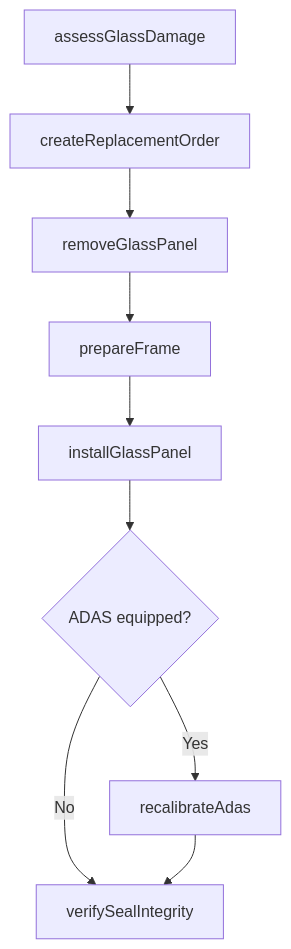
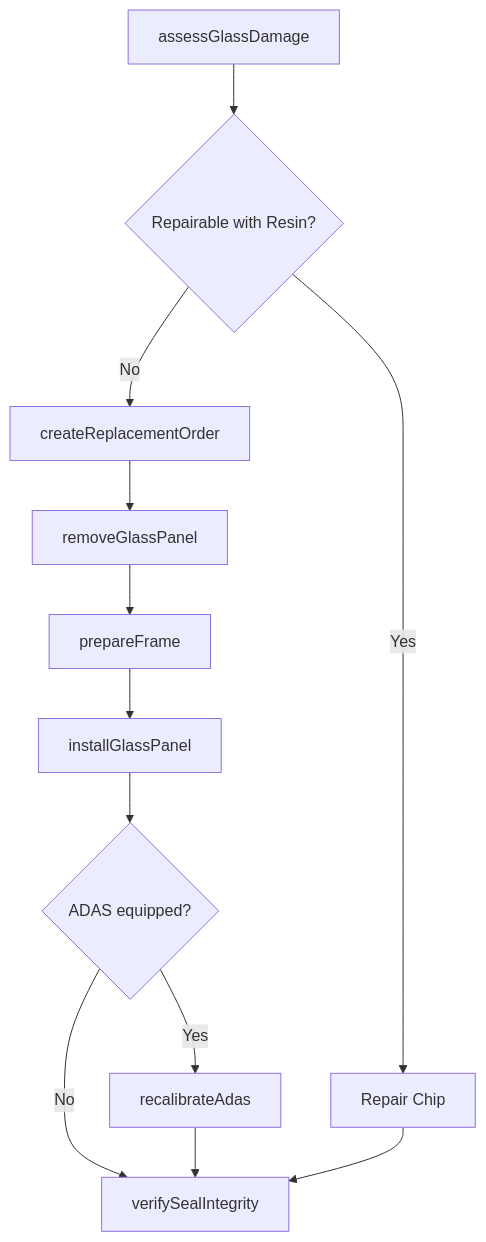
The third of 4 diagrams in RepairingAndMaintainingMechanicalEquipment/RepairVehicleComponents/ReplaceVehicleGlass.mdx (dot-org-ai/tasks.org.ai), drawn with Mermaid before and after one commit. The commit also changed other lines of this file and 266 other files, not shown here.

First line of the commit message:
feat: Add ER diagrams, state diagrams to wave 2 batch (251 DWA files)

````diff
--- a/RepairingAndMaintainingMechanicalEquipment/RepairVehicleComponents/ReplaceVehicleGlass.mdx
+++ b/RepairingAndMaintainingMechanicalEquipment/RepairVehicleComponents/ReplaceVehicleGlass.mdx
@@ -86,11 +115,14 @@
 ```mermaid
 graph TD
-    A[assessGlassDamage] --> B[createReplacementOrder]
-    B --> C[removeGlassPanel]
-    C --> D[prepareFrame]
-    D --> E[installGlassPanel]
-    E --> F{ADAS equipped?}
-    F -->|Yes| G[recalibrateAdas]
-    F -->|No| H[verifySealIntegrity]
-    G --> H
+    A[assessGlassDamage] --> B{Repairable with Resin?}
+    B -->|Yes| C[Repair Chip]
+    B -->|No| D[createReplacementOrder]
+    D --> E[removeGlassPanel]
+    E --> F[prepareFrame]
+    F --> G[installGlassPanel]
+    G --> H{ADAS equipped?}
+    H -->|Yes| I[recalibrateAdas]
+    H -->|No| J[verifySealIntegrity]
+    I --> J
+    C --> J
 ```
````
